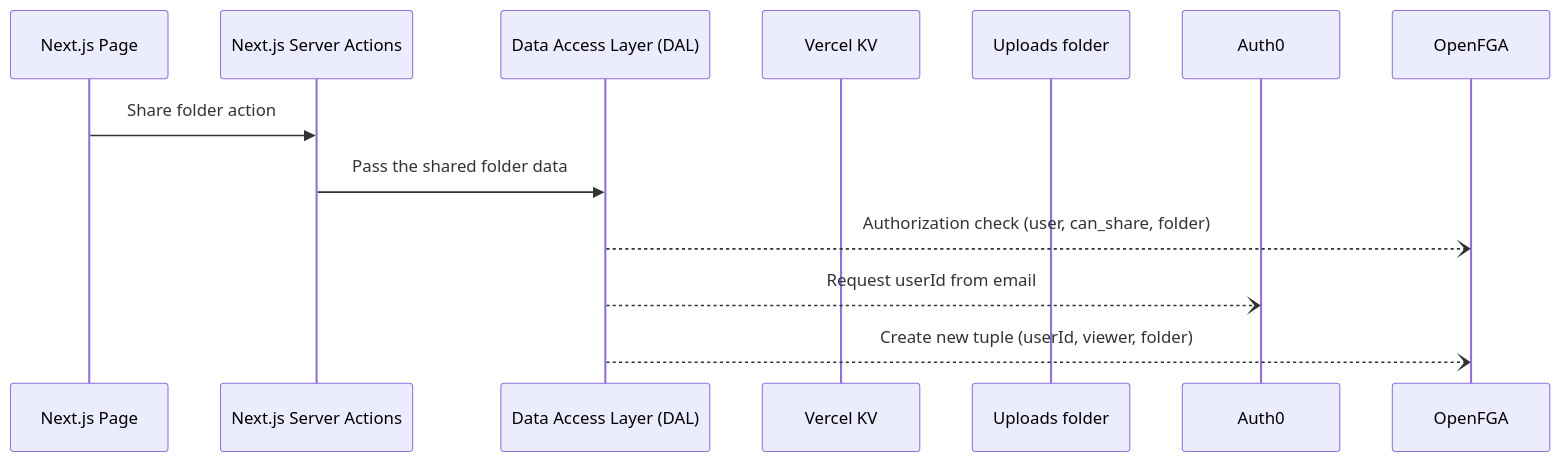
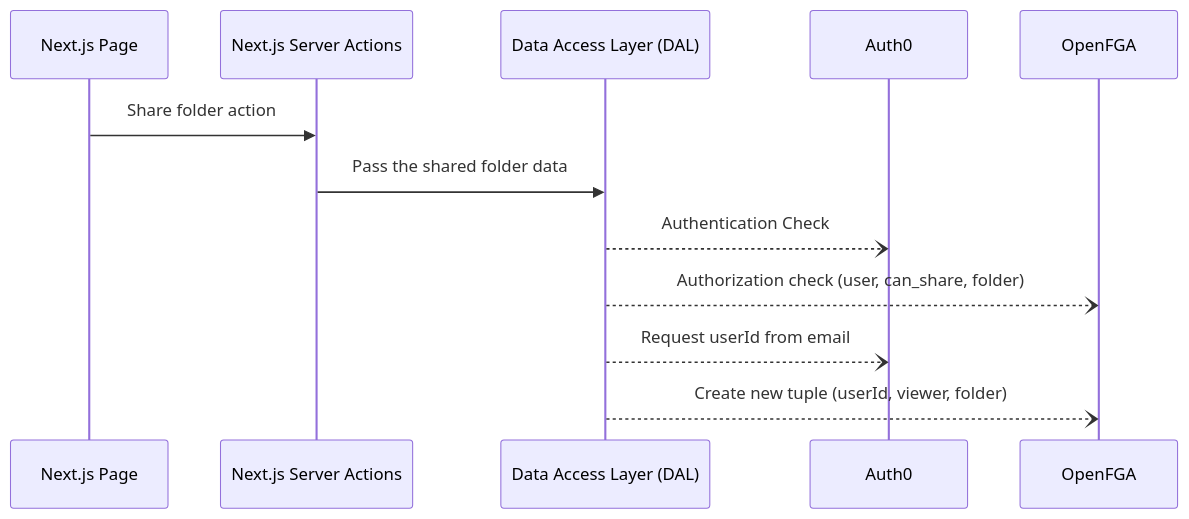
The eighth of 8 diagrams in README.md (oktadev/fga-drive-example), drawn with Mermaid before and after one commit. The commit also changed other lines of this file, not shown here.

````diff
--- a/README.md
+++ b/README.md
@@ -345,15 +340,14 @@
 ```mermaid
 sequenceDiagram;
   participant Next.js Page
   participant Next.js Server Actions
   participant Data Access Layer (DAL)
-  participant Vercel KV
-  participant Uploads folder
   participant Auth0
   participant OpenFGA
   Next.js Page->>Next.js Server Actions: Share folder action
   Next.js Server Actions->>Data Access Layer (DAL): Pass the shared folder data
+  Data Access Layer (DAL)--)Auth0: Authentication Check
   Data Access Layer (DAL)--)OpenFGA: Authorization check (user, can_share, folder)
   Data Access Layer (DAL)--)Auth0: Request userId from email
   Data Access Layer (DAL)--)OpenFGA: Create new tuple (userId, viewer, folder)
 ```
````
